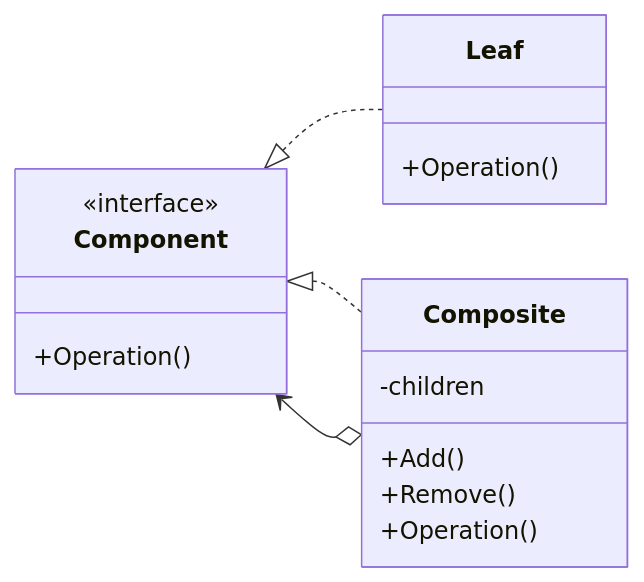
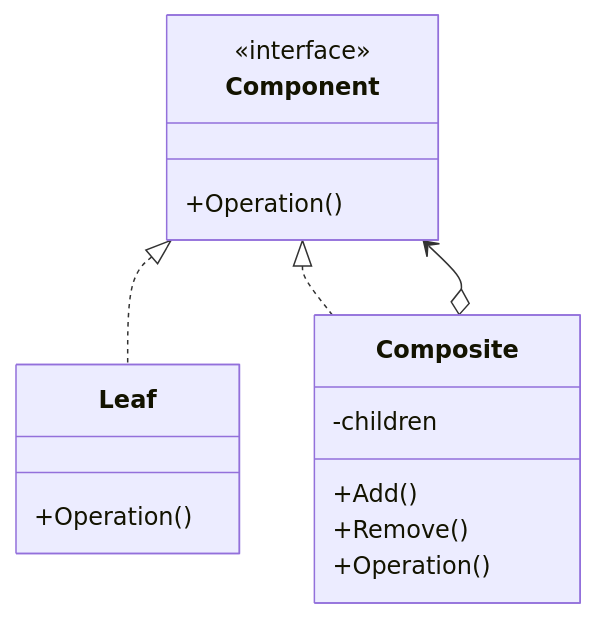
The third of 3 diagrams in Doc/02-Design-Patterns/02-Catalog/02-Structural/03-composite.md (bugkodc/Road_Map_GameDev), drawn with Mermaid before and after one commit. The commit also changed other lines of this file and 31 other files, not shown here.

Commit message:
Standardize roadmap diagrams with Mermaid

````diff
--- a/Doc/02-Design-Patterns/02-Catalog/02-Structural/03-composite.md
+++ b/Doc/02-Design-Patterns/02-Catalog/02-Structural/03-composite.md
@@ -62,20 +62,20 @@
 ```mermaid
 classDiagram
-  direction LR
+  direction TB
   class Component {
     <<interface>>
     +Operation()
   }
   class Leaf {
     +Operation()
   }
   class Composite {
     -children
     +Add()
     +Remove()
     +Operation()
   }
   Component <|.. Leaf
   Component <|.. Composite
   Composite o--> Component
 ```
````
